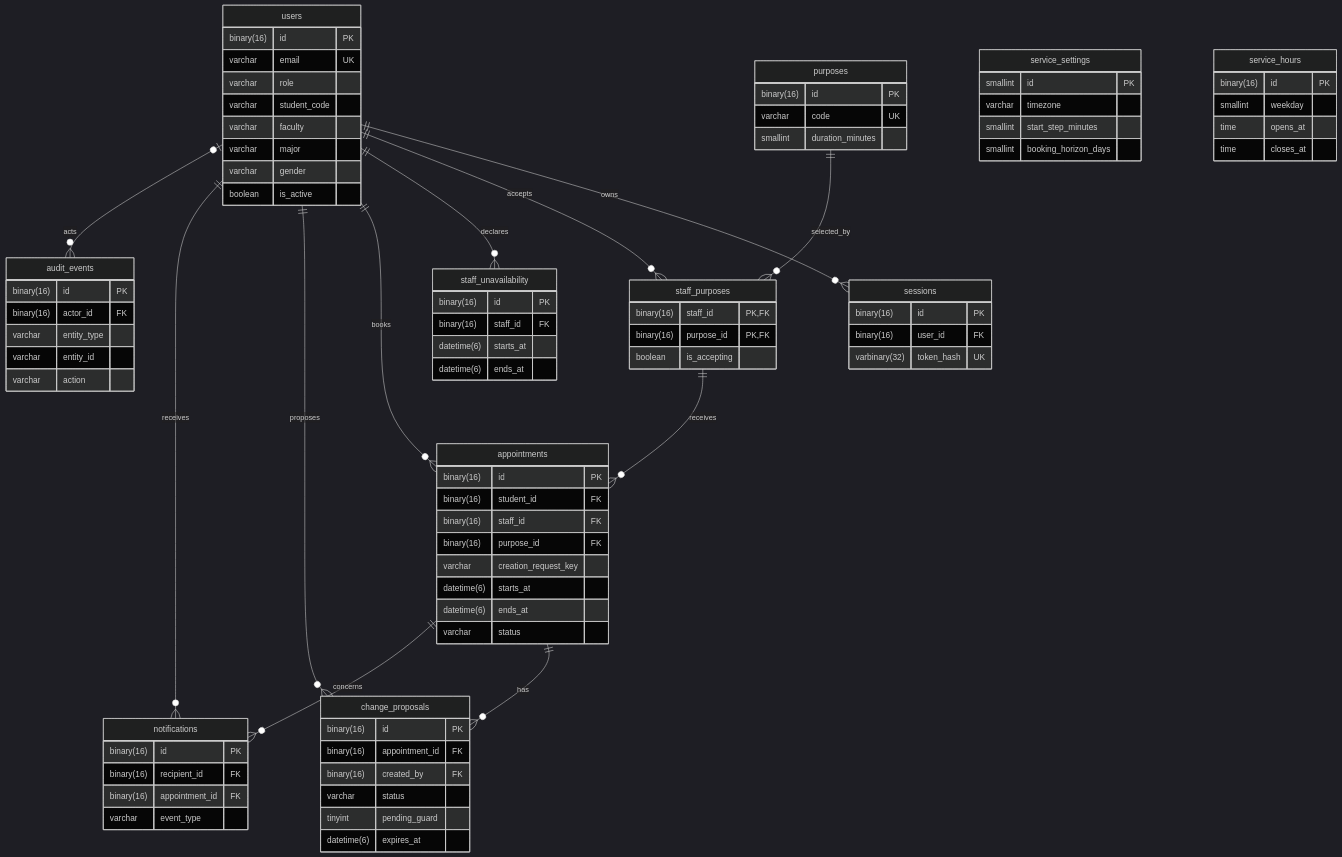
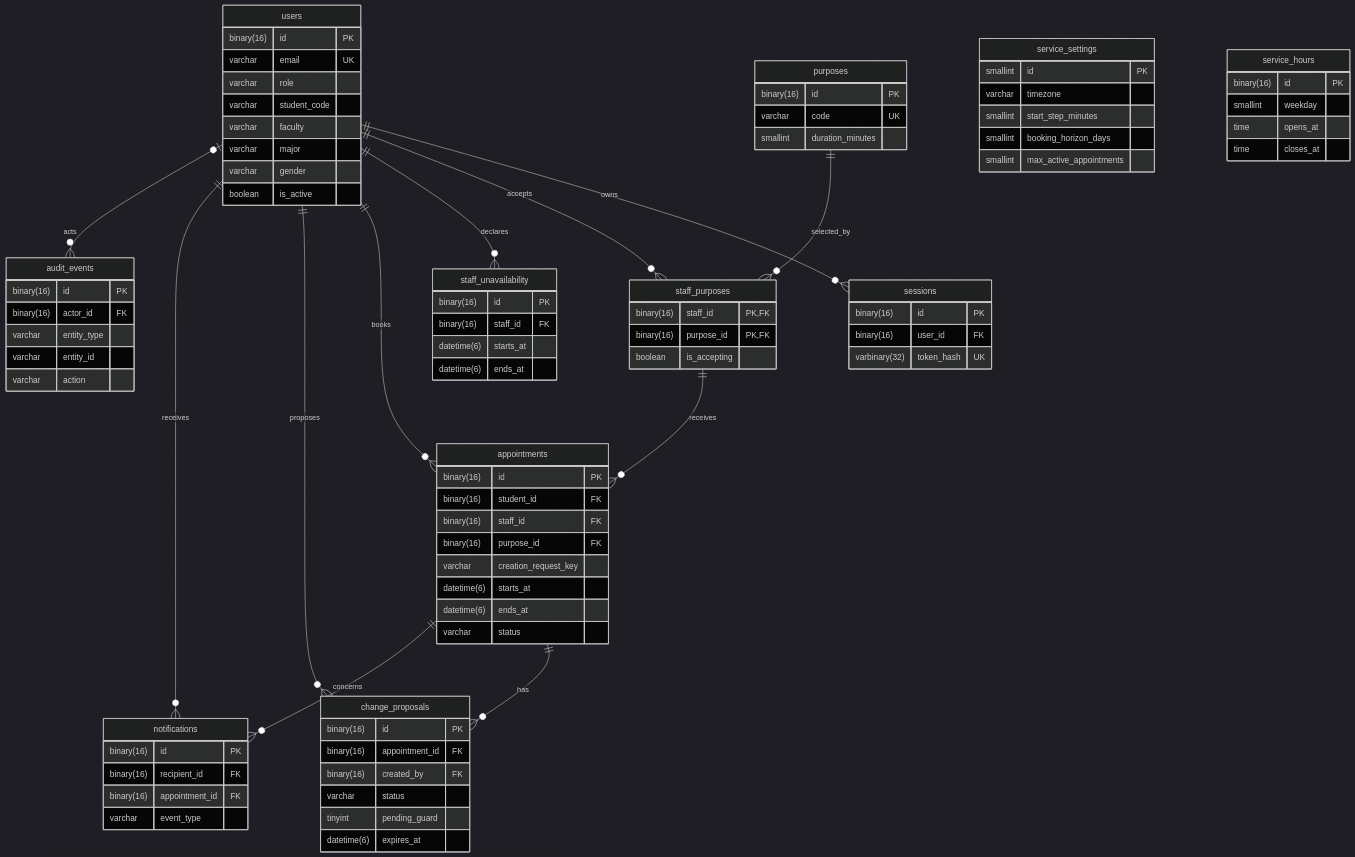
Before and after one commit to 4PMs-3Workers/Production-Readiness-Lab: the diagram in docs/architecture/database-design.md, drawn with Mermaid (dark theme). The commit also changed other lines of this file and 45 other files, not shown here.

```diff
--- a/docs/architecture/database-design.md
+++ b/docs/architecture/database-design.md
@@ -121,6 +121,7 @@
         varchar timezone
         smallint start_step_minutes
         smallint booking_horizon_days
+        smallint max_active_appointments
     }
     service_hours {
         binary(16) id PK
```
